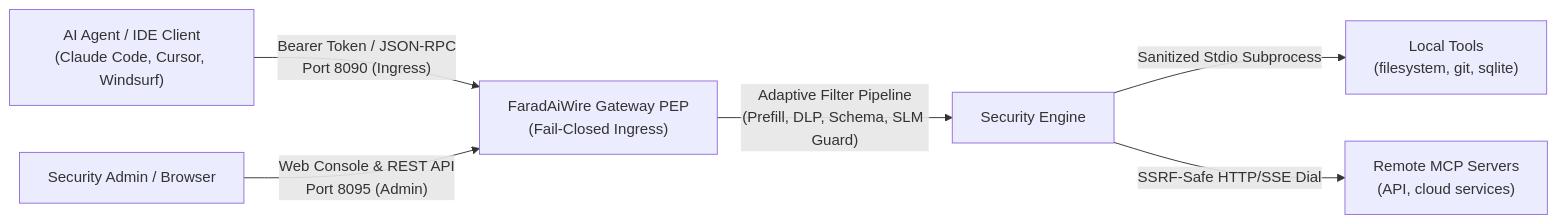
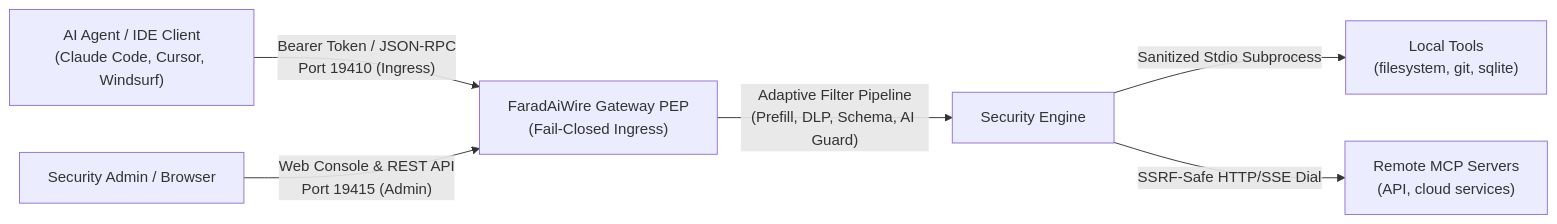
One commit to FaradAiLab/FaradAiWire changed the diagram in docs/index.md. Above: the diagram before and after it, drawn with Mermaid. The commit also changed other lines of this file and 72 other files, not shown here.

Commit message:
refactor: rename SLM references and endpoints to AI Guard across codebase and docs

````diff
--- a/docs/index.md
+++ b/docs/index.md
@@ -10,8 +10,8 @@
 ```mermaid
 graph LR
-    Agent["AI Agent / IDE Client\n(Claude Code, Cursor, Windsurf)"] -->|"Bearer Token / JSON-RPC\nPort 8090 (Ingress)"| PEP["FaradAiWire Gateway PEP\n(Fail-Closed Ingress)"]
-    PEP -->|"Adaptive Filter Pipeline\n(Prefill, DLP, Schema, SLM Guard)"| Engine["Security Engine"]
+    Agent["AI Agent / IDE Client\n(Claude Code, Cursor, Windsurf)"] -->|"Bearer Token / JSON-RPC\nPort 19410 (Ingress)"| PEP["FaradAiWire Gateway PEP\n(Fail-Closed Ingress)"]
+    PEP -->|"Adaptive Filter Pipeline\n(Prefill, DLP, Schema, AI Guard)"| Engine["Security Engine"]
     Engine -->|"Sanitized Stdio Subprocess"| StdioMCP["Local Tools\n(filesystem, git, sqlite)"]
     Engine -->|"SSRF-Safe HTTP/SSE Dial"| RemoteMCP["Remote MCP Servers\n(API, cloud services)"]
-    Operator["Security Admin / Browser"] -->|"Web Console & REST API\nPort 8095 (Admin)"| PEP
+    Operator["Security Admin / Browser"] -->|"Web Console & REST API\nPort 19415 (Admin)"| PEP
 ```
````
